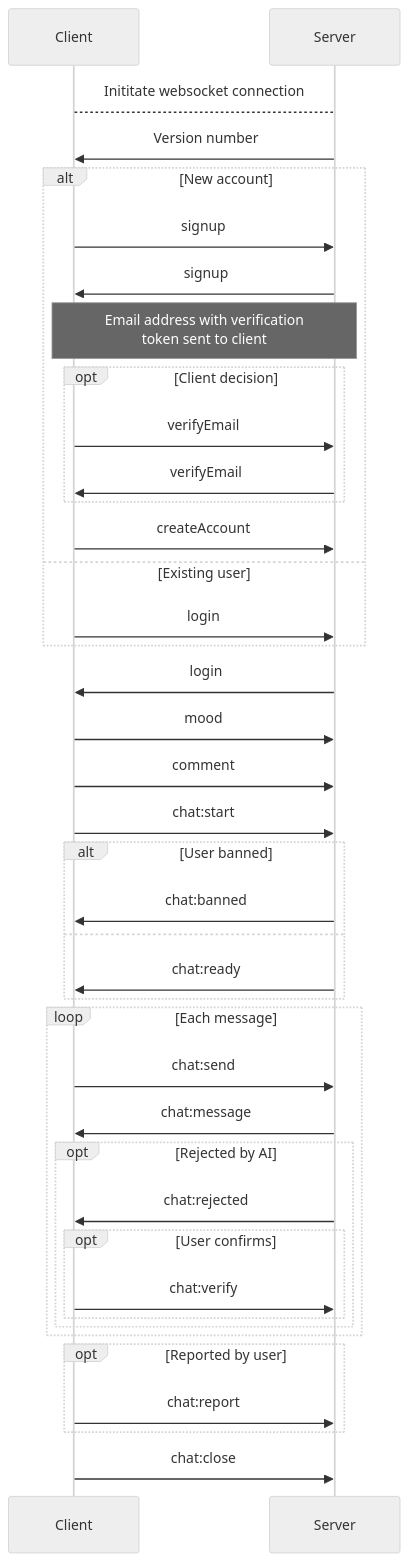
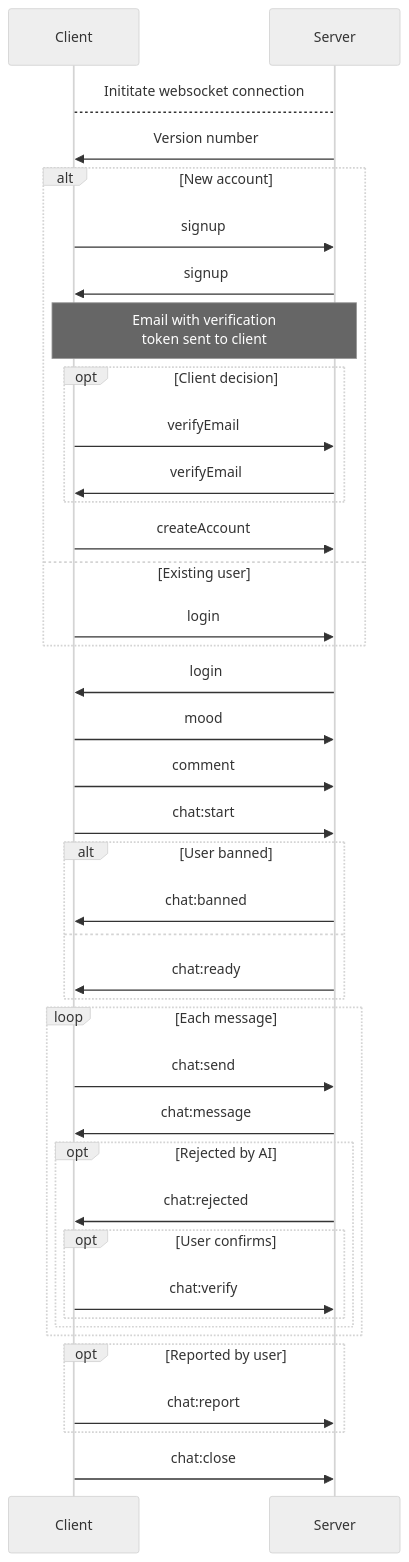
The second of 2 diagrams in documentation/server.md (Lyrenhex/eos), drawn with Mermaid (neutral theme) before and after one commit.

Commit message:
Correct note
'Email address' actually meant 'email' ¯\_(ツ)_/¯

````diff
--- a/documentation/server.md
+++ b/documentation/server.md
@@ -35,40 +35,40 @@
 ```mermaid
 sequenceDiagram
     Client --> Server: Inititate websocket connection;
     Server ->> Client: Version number;
     alt New account
         Client ->> Server: signup;
         Server ->> Client: signup;
-        Note over Client, Server: Email address with verification <br />token sent to client;
+        Note over Client, Server: Email with verification <br />token sent to client;
         opt Client decision
             Client ->> Server: verifyEmail;
             Server ->> Client: verifyEmail;
         end
         Client ->> Server: createAccount;
     else Existing user
         Client ->> Server: login;
     end
     Server ->> Client: login;
     Client ->> Server: mood;
     Client ->> Server: comment;
     Client ->> Server: chat:start;
     alt User banned
         Server ->> Client: chat:banned;
     else
         Server ->> Client: chat:ready;
     end
     loop Each message
         Client ->> Server: chat:send;
         Server ->> Client: chat:message;
         opt Rejected by AI
             Server ->> Client: chat:rejected;
             opt User confirms
                 Client ->> Server: chat:verify;
             end
         end
     end
     opt Reported by user
         Client ->> Server: chat:report;
     end
     Client ->> Server: chat:close;
 ```
````
